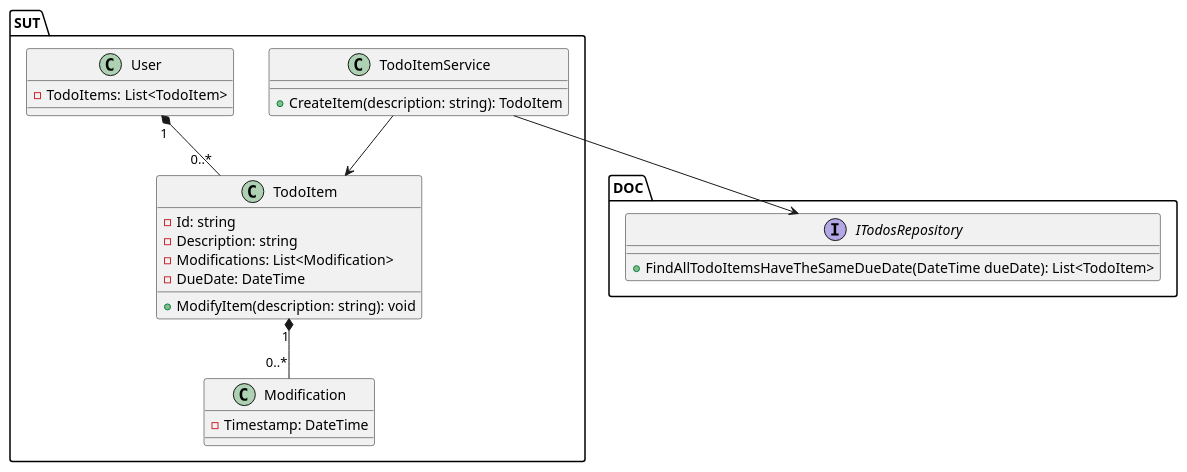
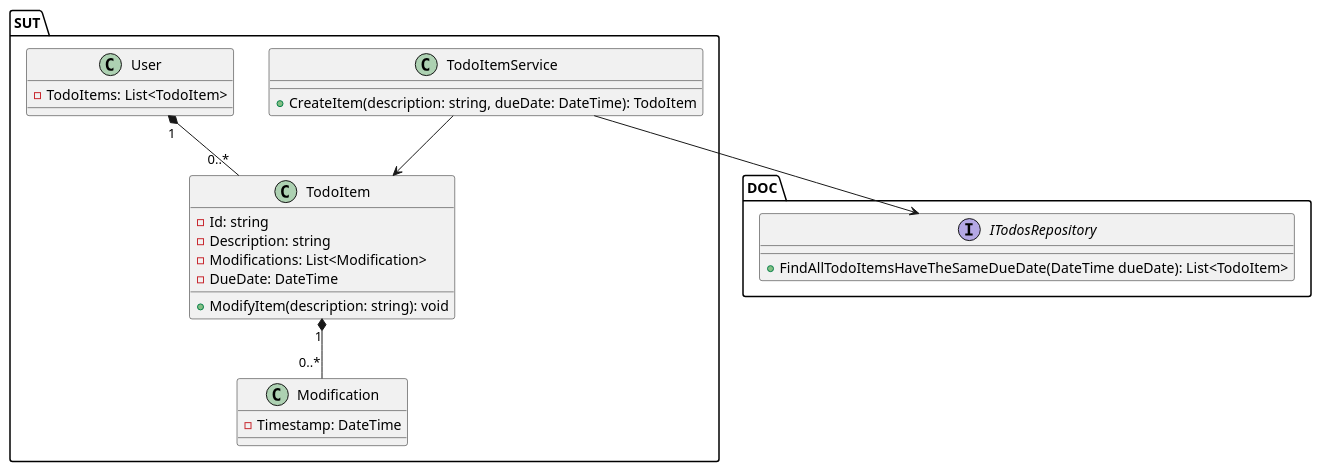
One commit to BGC-BootCamp-Team1/TodoItems changed the diagram in design/core.puml. Above: the diagram before and after it, drawn with PlantUML. The commit also changed 1 other file, not shown here.

Commit message:
feat: u[pdate UML

```diff
--- a/design/core.puml
+++ b/design/core.puml
@@ -1,32 +1,32 @@
 @startuml
 package SUT{
 class User{
     - TodoItems: List<TodoItem>
 }
 
 class TodoItem {
     - Id: string
     - Description: string
     - Modifications: List<Modification> 
     - DueDate: DateTime
     + ModifyItem(description: string): void
 }
 
 class TodoItemService {
-    + CreateItem(description: string): TodoItem
+    + CreateItem(description: string, dueDate: DateTime): TodoItem
 }
  
 class Modification{
     - Timestamp: DateTime
 }
 }
 package DOC{
 interface ITodosRepository{
     + FindAllTodoItemsHaveTheSameDueDate(DateTime dueDate): List<TodoItem>
     }
 }
 User"1" *-- "0..*" TodoItem
 TodoItem "1" *-- "0..*" Modification
 TodoItemService --> ITodosRepository
 TodoItemService --> TodoItem
 @enduml
```
